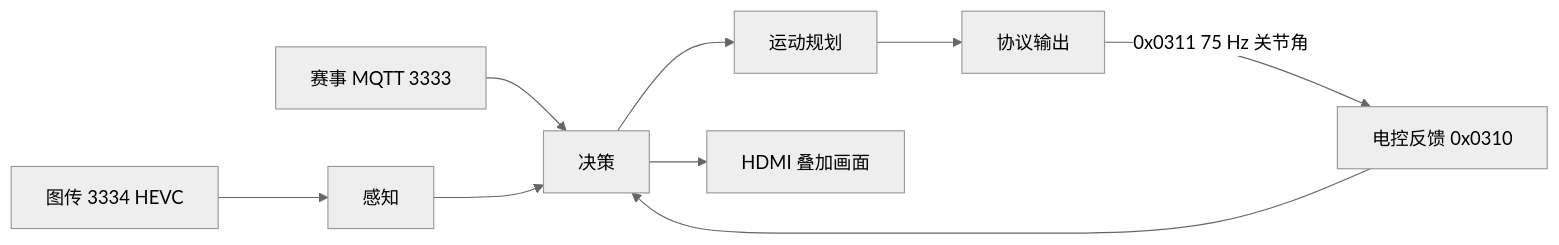
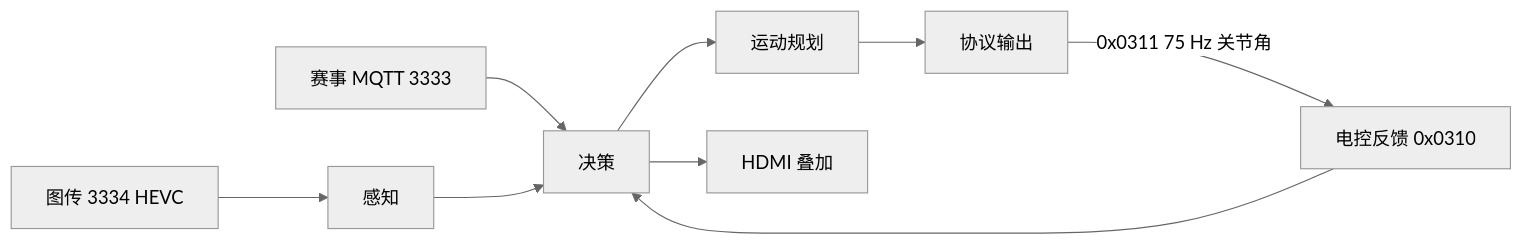
One commit to zjfklss/Heavy changed the diagram in docs/重装自动对矿技术路线.md. Above: the diagram before and after it, drawn with Mermaid (neutral theme). The commit also changed other lines of this file, not shown here.

````diff
--- a/docs/重装自动对矿技术路线.md
+++ b/docs/重装自动对矿技术路线.md
@@ -21,11 +8,11 @@
 ```mermaid
 flowchart LR
   V[图传 3334 HEVC] --> P[感知]
   R[赛事 MQTT 3333] --> D[决策]
   M[电控反馈 0x0310] --> D
   P --> D
   D --> K[运动规划]
   K --> O[协议输出]
   O -->|0x0311 75 Hz 关节角| M
-  D --> H[HDMI 叠加画面]
+  D --> H[HDMI 叠加]
 ```
````
